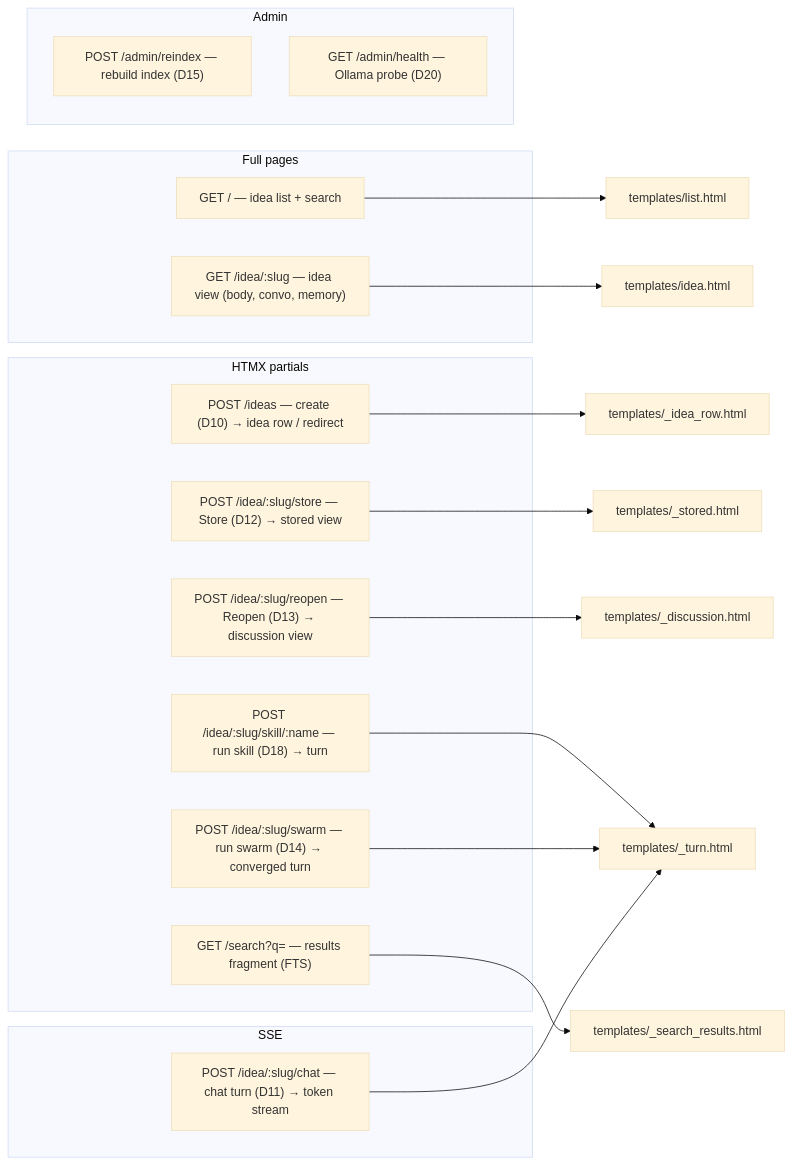
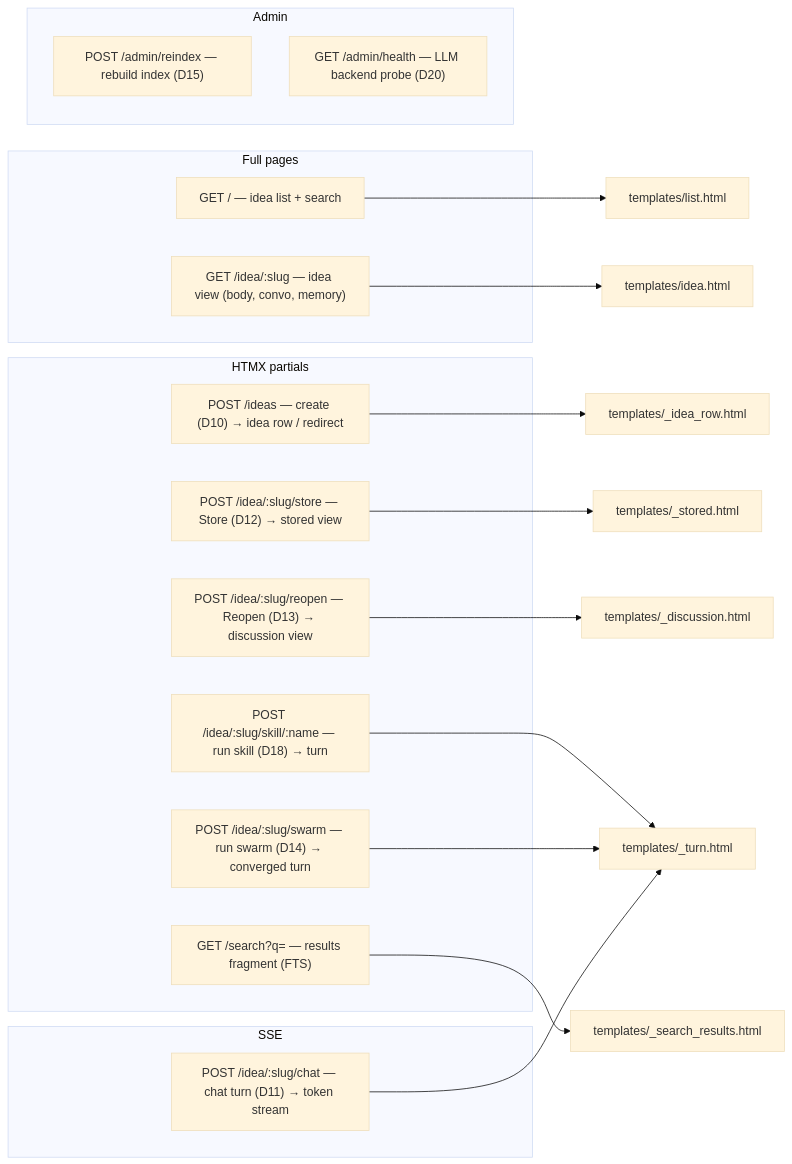
The first of 2 diagrams in docs/09-web-ui.md (jasdian/idea-vault), drawn with Mermaid (base theme) before and after one commit. The commit also changed other lines of this file and 31 other files, not shown here.

First line of the commit message:
feat: pluggable LLM backend (claude-code) + Obsidian importer

````diff
--- a/docs/09-web-ui.md
+++ b/docs/09-web-ui.md
@@ -20,32 +20,32 @@
 ```mermaid
 flowchart LR
     subgraph pages["Full pages"]
         R1["GET / — idea list + search"]
         R2["GET /idea/:slug — idea view (body, convo, memory)"]
     end
     subgraph partials["HTMX partials"]
         R3["POST /ideas — create (D10) → idea row / redirect"]
         R4["POST /idea/:slug/store — Store (D12) → stored view"]
         R5["POST /idea/:slug/reopen — Reopen (D13) → discussion view"]
         R6["POST /idea/:slug/skill/:name — run skill (D18) → turn"]
         R7["POST /idea/:slug/swarm — run swarm (D14) → converged turn"]
         R8["GET /search?q= — results fragment (FTS)"]
     end
     subgraph streams["SSE"]
         R9["POST /idea/:slug/chat — chat turn (D11) → token stream"]
     end
     subgraph admin["Admin"]
         R10["POST /admin/reindex — rebuild index (D15)"]
-        R11["GET /admin/health — Ollama probe (D20)"]
+        R11["GET /admin/health — LLM backend probe (D20)"]
     end
 
     R1 --> T_LIST["templates/list.html"]
     R2 --> T_IDEA["templates/idea.html"]
     R3 --> T_ROW["templates/_idea_row.html"]
     R4 --> T_STORED["templates/_stored.html"]
     R5 --> T_DISC["templates/_discussion.html"]
     R6 --> T_TURN["templates/_turn.html"]
     R7 --> T_TURN
     R8 --> T_RESULTS["templates/_search_results.html"]
     R9 --> T_TURN
 ```
````
